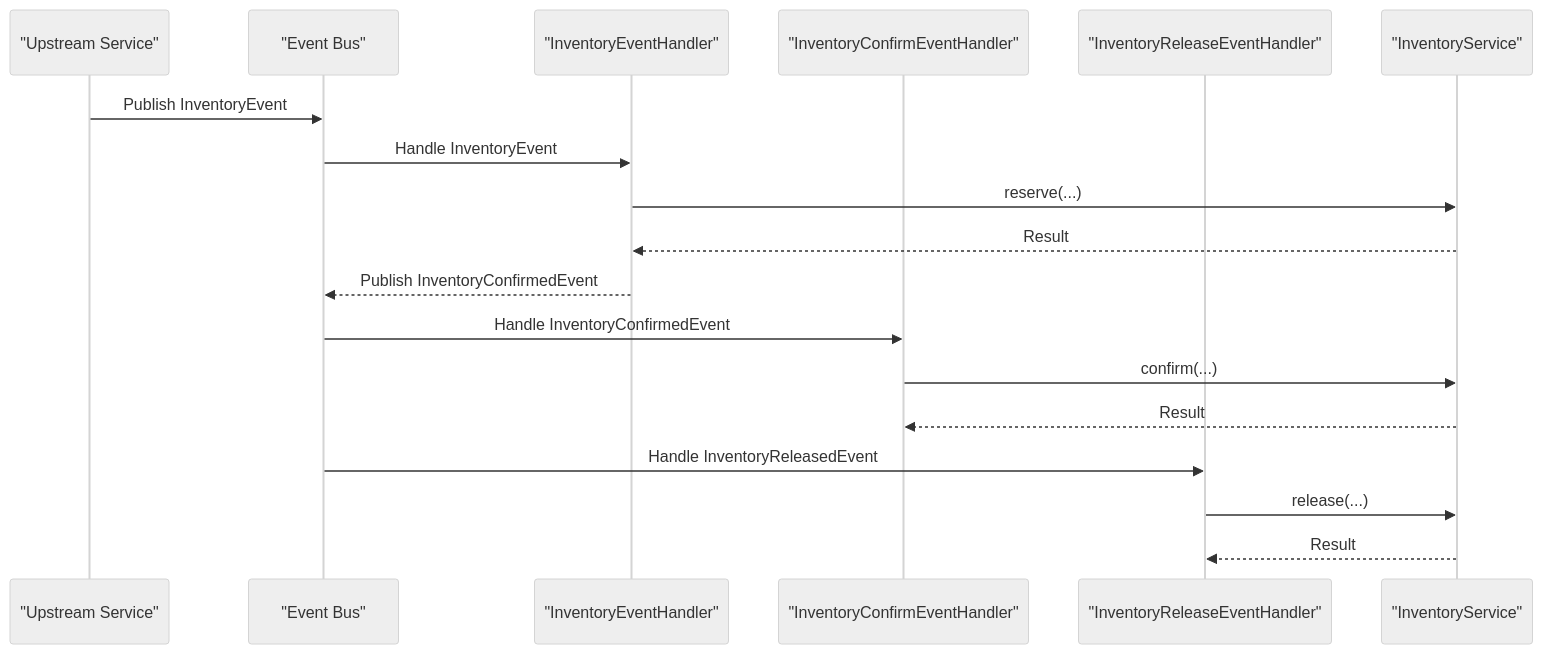
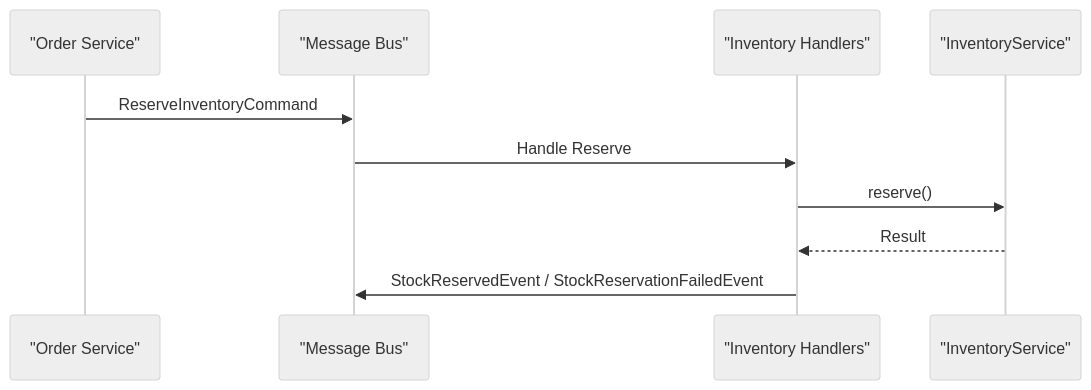
Before and after one commit to ddd-mall/j-store: the sixth of 7 diagrams in .qoder/repowiki/en/content/Goods Catalog Module/Inventory Management System/Inventory Management System.md, drawn with Mermaid (neutral theme). The commit also changed other lines of this file and 334 other files, not shown here.

````diff
--- a/.qoder/repowiki/en/content/Goods Catalog Module/Inventory Management System/Inventory Management System.md
+++ b/.qoder/repowiki/en/content/Goods Catalog Module/Inventory Management System/Inventory Management System.md
@@ -257,20 +251,12 @@
 ```mermaid
 sequenceDiagram
-participant Upstream as "Upstream Service"
-participant Bus as "Event Bus"
-participant Handler as "InventoryEventHandler"
-participant Conf as "InventoryConfirmEventHandler"
-participant Rel as "InventoryReleaseEventHandler"
-participant SVC as "InventoryService"
-Upstream->>Bus : Publish InventoryEvent
-Bus->>Handler : Handle InventoryEvent
-Handler->>SVC : reserve(...)
-SVC-->>Handler : Result
-Handler-->>Bus : Publish InventoryConfirmedEvent
-Bus->>Conf : Handle InventoryConfirmedEvent
-Conf->>SVC : confirm(...)
-SVC-->>Conf : Result
-Bus->>Rel : Handle InventoryReleasedEvent
-Rel->>SVC : release(...)
-SVC-->>Rel : Result
+participant OrderSvc as "Order Service"
+participant Bus as "Message Bus"
+participant InvHandler as "Inventory Handlers"
+participant UseCase as "InventoryService"
+OrderSvc->>Bus : ReserveInventoryCommand
+Bus->>InvHandler : Handle Reserve
+InvHandler->>UseCase : reserve()
+UseCase-->>InvHandler : Result
+InvHandler->>Bus : StockReservedEvent / StockReservationFailedEvent
 ```
````
